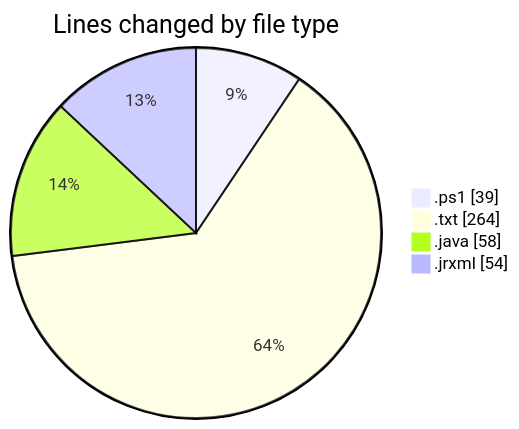
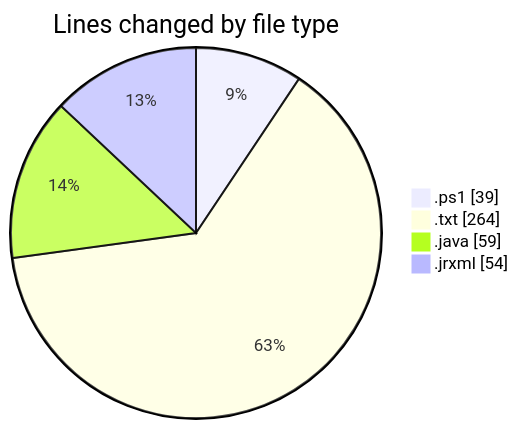
The first of 2 diagrams in 2026-03-03/cilreports__workspace_/README.md (ricardozamudiocil/code-tracking), drawn with Mermaid before and after one commit. The commit also changed other lines of this file and 1 other file, not shown here.

````diff
--- a/2026-03-03/cilreports__workspace_/README.md
+++ b/2026-03-03/cilreports__workspace_/README.md
@@ -25,8 +25,8 @@
 ```mermaid
 pie showData
 title Lines changed by file type
 ".ps1" : 39
 ".txt" : 264
-".java" : 58
+".java" : 59
 ".jrxml" : 54
 ```
````
